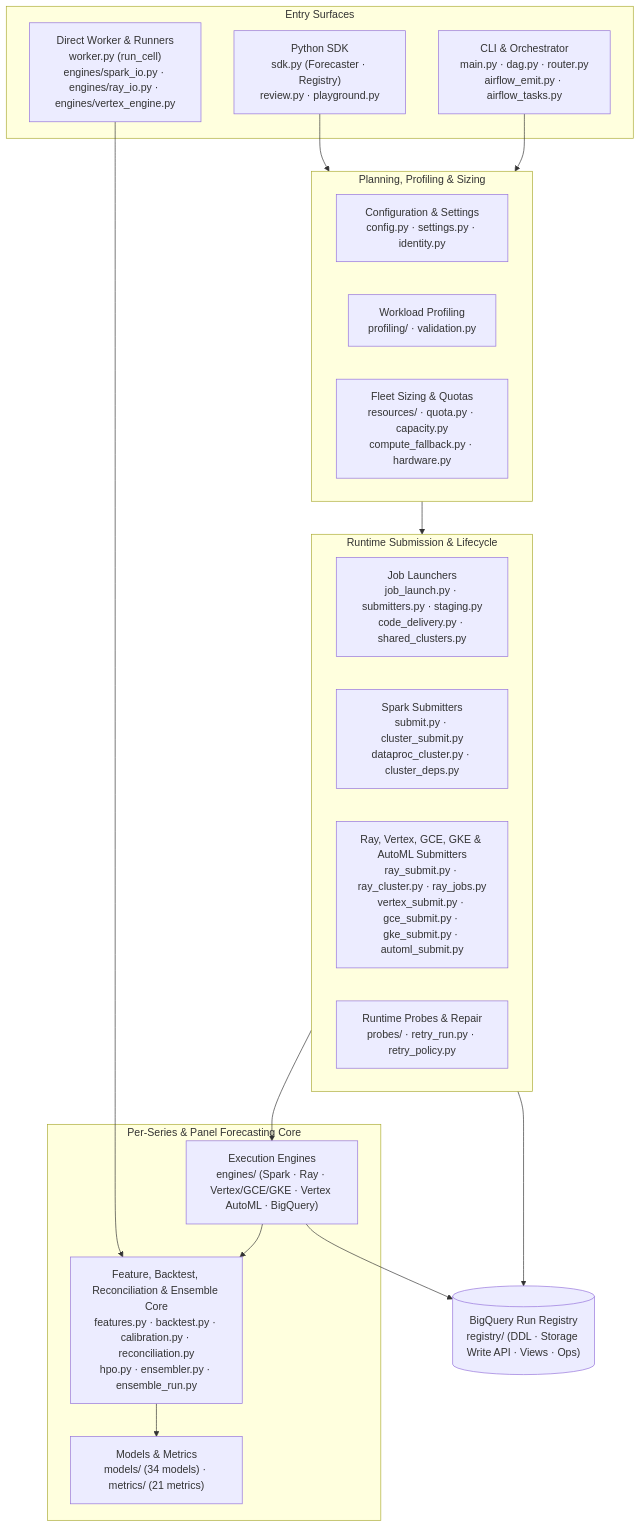
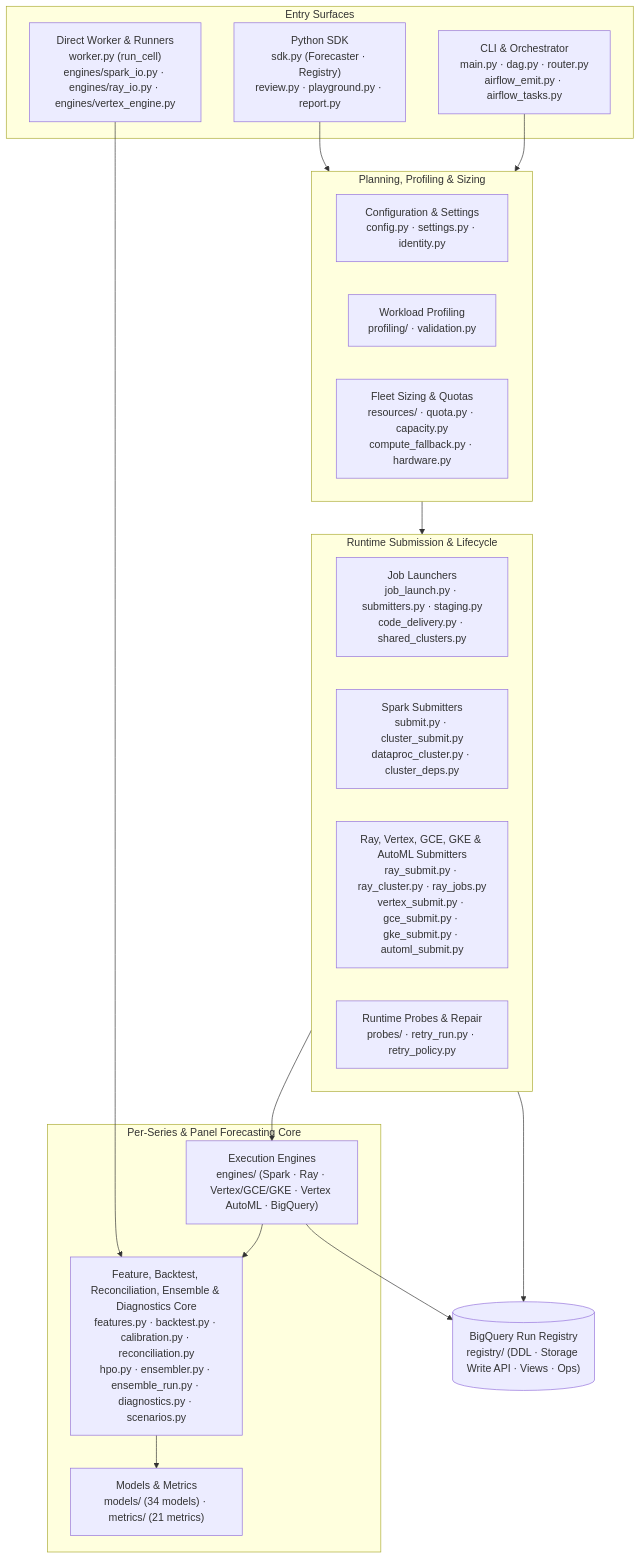
One commit to statmike/scale-forecasting changed the diagram in src/scale_forecasting/README.md. Above: the diagram before and after it, drawn with Mermaid. The commit also changed other lines of this file and 22 other files, not shown here.

````diff
--- a/src/scale_forecasting/README.md
+++ b/src/scale_forecasting/README.md
@@ -7,36 +7,36 @@
 ```mermaid
 flowchart TB
     subgraph entry["Entry Surfaces"]
-        sdk["Python SDK<br/>sdk.py (Forecaster · Registry)<br/>review.py · playground.py"]
+        sdk["Python SDK<br/>sdk.py (Forecaster · Registry)<br/>review.py · playground.py · report.py"]
         cli["CLI & Orchestrator<br/>main.py · dag.py · router.py<br/>airflow_emit.py · airflow_tasks.py"]
         direct["Direct Worker & Runners<br/>worker.py (run_cell)<br/>engines/spark_io.py · engines/ray_io.py · engines/vertex_engine.py"]
     end
 
     subgraph plan["Planning, Profiling & Sizing"]
         cfg["Configuration & Settings<br/>config.py · settings.py · identity.py"]
         prof["Workload Profiling<br/>profiling/ · validation.py"]
         res["Fleet Sizing & Quotas<br/>resources/ · quota.py · capacity.py<br/>compute_fallback.py · hardware.py"]
     end
 
     subgraph submit["Runtime Submission & Lifecycle"]
         sub["Job Launchers<br/>job_launch.py · submitters.py · staging.py<br/>code_delivery.py · shared_clusters.py"]
         spark_sub["Spark Submitters<br/>submit.py · cluster_submit.py<br/>dataproc_cluster.py · cluster_deps.py"]
         ray_sub["Ray, Vertex, GCE, GKE & AutoML Submitters<br/>ray_submit.py · ray_cluster.py · ray_jobs.py<br/>vertex_submit.py · gce_submit.py · gke_submit.py · automl_submit.py"]
         probes["Runtime Probes & Repair<br/>probes/ · retry_run.py · retry_policy.py"]
     end
 
     subgraph core["Per-Series & Panel Forecasting Core"]
         eng["Execution Engines<br/>engines/ (Spark · Ray · Vertex/GCE/GKE · Vertex AutoML · BigQuery)"]
-        wf["Feature, Backtest, Reconciliation & Ensemble Core<br/>features.py · backtest.py · calibration.py · reconciliation.py<br/>hpo.py · ensembler.py · ensemble_run.py"]
+        wf["Feature, Backtest, Reconciliation, Ensemble & Diagnostics Core<br/>features.py · backtest.py · calibration.py · reconciliation.py<br/>hpo.py · ensembler.py · ensemble_run.py · diagnostics.py · scenarios.py"]
         mod["Models & Metrics<br/>models/ (34 models) · metrics/ (21 metrics)"]
     end
 
     reg[("BigQuery Run Registry<br/>registry/ (DDL · Storage Write API · Views · Ops)")]
 
     sdk & cli --> plan
     plan --> submit
     submit --> eng
     direct --> wf
     eng --> wf --> mod
     eng & submit --> reg
 ```
````
